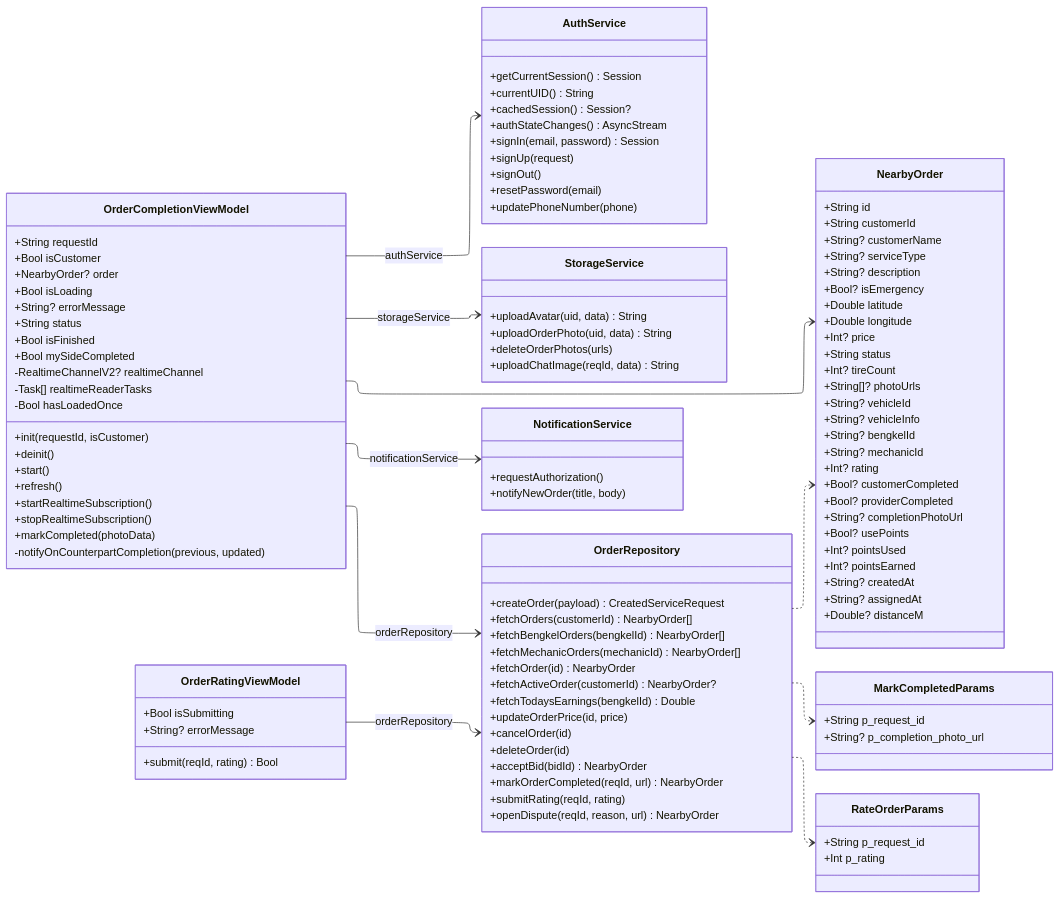
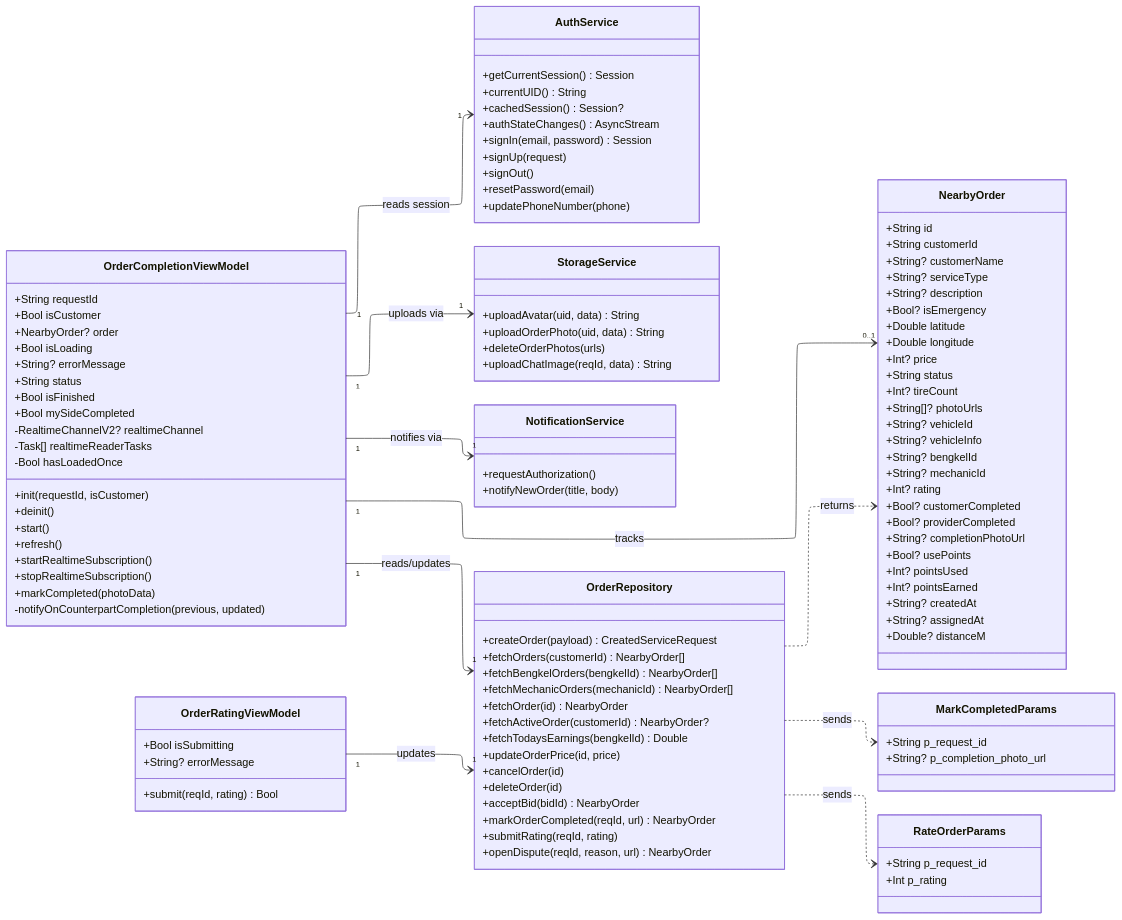
Before and after one commit to rei-soemanto/BengkelIn_SE: the ninth of 12 diagrams in diagram/feature-class-diagrams.md, drawn with Mermaid. The commit also changed other lines of this file and 12 other files, not shown here.

Commit message:
more accurate full class diagram

````diff
--- a/diagram/feature-class-diagrams.md
+++ b/diagram/feature-class-diagrams.md
@@ -1563,14 +1598,14 @@
         +Int p_rating
     }
 
-    OrderCompletionViewModel --> OrderRepository : orderRepository
-    OrderCompletionViewModel --> StorageService : storageService
-    OrderCompletionViewModel --> AuthService : authService
-    OrderCompletionViewModel --> NotificationService : notificationService
-    OrderCompletionViewModel --> NearbyOrder
-    OrderRatingViewModel --> OrderRepository : orderRepository
-    OrderRepository ..> MarkCompletedParams
-    OrderRepository ..> RateOrderParams
-    OrderRepository ..> NearbyOrder
+    OrderCompletionViewModel "1" --> "1" OrderRepository : reads/updates
+    OrderCompletionViewModel "1" --> "1" StorageService : uploads via
+    OrderCompletionViewModel "1" --> "1" AuthService : reads session
+    OrderCompletionViewModel "1" --> "1" NotificationService : notifies via
+    OrderCompletionViewModel "1" --> "0..1" NearbyOrder : tracks
+    OrderRatingViewModel "1" --> "1" OrderRepository : updates
+    OrderRepository ..> MarkCompletedParams : sends
+    OrderRepository ..> RateOrderParams : sends
+    OrderRepository ..> NearbyOrder : returns
 
 ```
````
